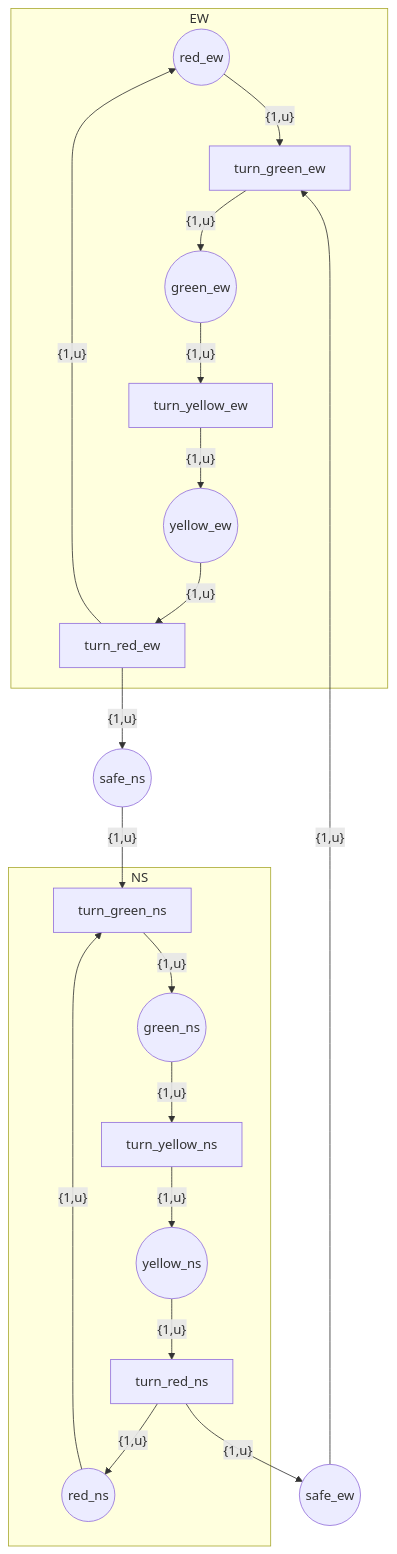
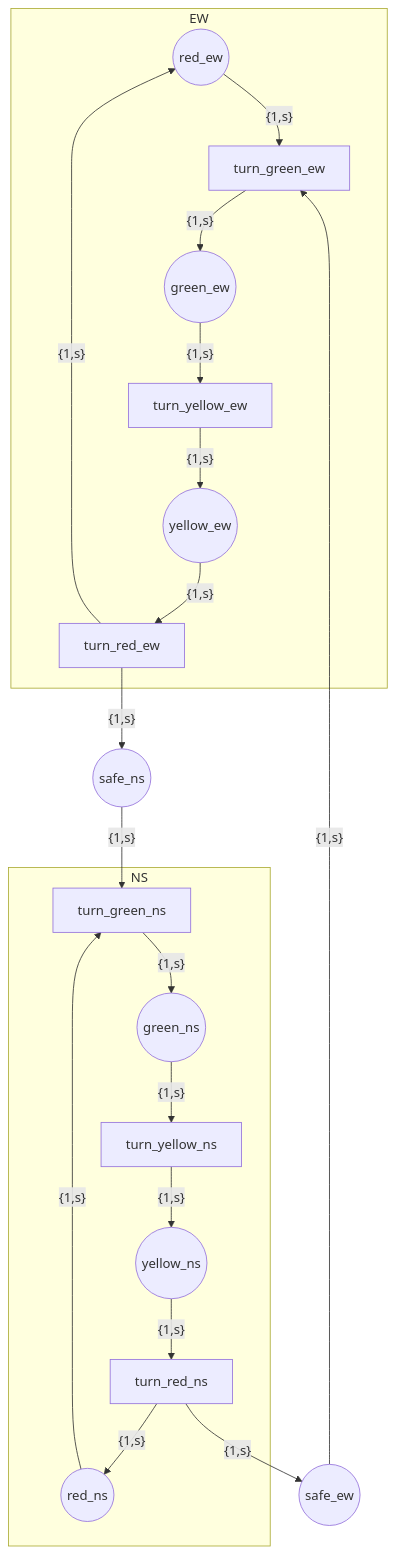
One commit to Byzanteam/coloured_flow changed the diagram in README.md. Above: the diagram before and after it, drawn with Mermaid. The commit also changed other lines of this file and 1 other file, not shown here.

````diff
--- a/README.md
+++ b/README.md
@@ -82,54 +82,54 @@
 ```mermaid
 flowchart TB
-  %% colset unit() :: {}
+  %% colset signal() :: {}
 
   subgraph EW
     %% places
     %% ~b[{}]
     r_ew((red_ew))
     g_ew((green_ew))
     y_ew((yellow_ew))
 
     %% transitions
     tr_ew[turn_red_ew]
     tg_ew[turn_green_ew]
     ty_ew[turn_yellow_ew]
 
-    r_ew --{1,u}--> tg_ew
-    tg_ew --{1,u}--> g_ew
-    g_ew --{1,u}--> ty_ew
-    ty_ew --{1,u}--> y_ew
-    y_ew --{1,u}--> tr_ew
-    tr_ew --{1,u}--> r_ew
+    r_ew --{1,s}--> tg_ew
+    tg_ew --{1,s}--> g_ew
+    g_ew --{1,s}--> ty_ew
+    ty_ew --{1,s}--> y_ew
+    y_ew --{1,s}--> tr_ew
+    tr_ew --{1,s}--> r_ew
   end
 
   subgraph NS
     %% places
     %% ~b[{}]
     r_ns((red_ns))
     g_ns((green_ns))
     y_ns((yellow_ns))
 
     %% transitions
     tr_ns[turn_red_ns]
     tg_ns[turn_green_ns]
     ty_ns[turn_yellow_ns]
 
-    r_ns --{1,u}--> tg_ns
-    tg_ns --{1,u}--> g_ns
-    g_ns --{1,u}--> ty_ns
-    ty_ns --{1,u}--> y_ns
-    y_ns --{1,u}--> tr_ns
-    tr_ns --{1,u}--> r_ns
+    r_ns --{1,s}--> tg_ns
+    tg_ns --{1,s}--> g_ns
+    g_ns --{1,s}--> ty_ns
+    ty_ns --{1,s}--> y_ns
+    y_ns --{1,s}--> tr_ns
+    tr_ns --{1,s}--> r_ns
   end
 
   %% safe
   %% ~b[{}]
   s_ew((safe_ew))
   s_ns((safe_ns))
 
-  tr_ns --{1,u}--> s_ew
-  s_ew --{1,u}--> tg_ew
-  tr_ew --{1,u}--> s_ns
-  s_ns --{1,u}--> tg_ns
+  tr_ns --{1,s}--> s_ew
+  s_ew --{1,s}--> tg_ew
+  tr_ew --{1,s}--> s_ns
+  s_ns --{1,s}--> tg_ns
 ```
````
